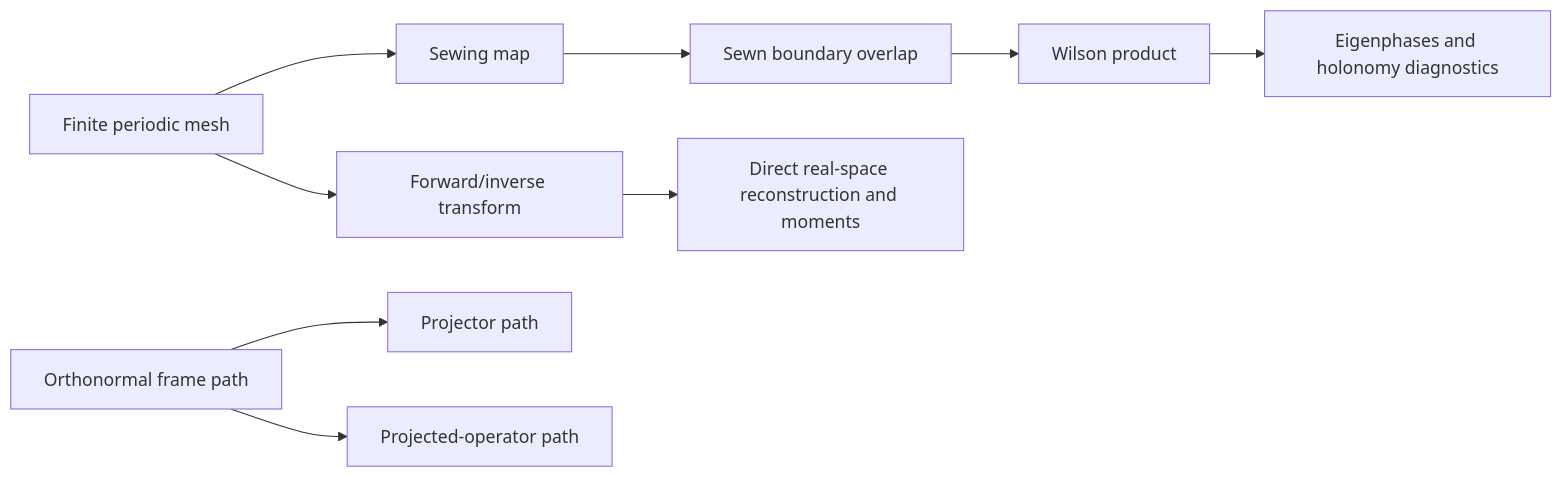
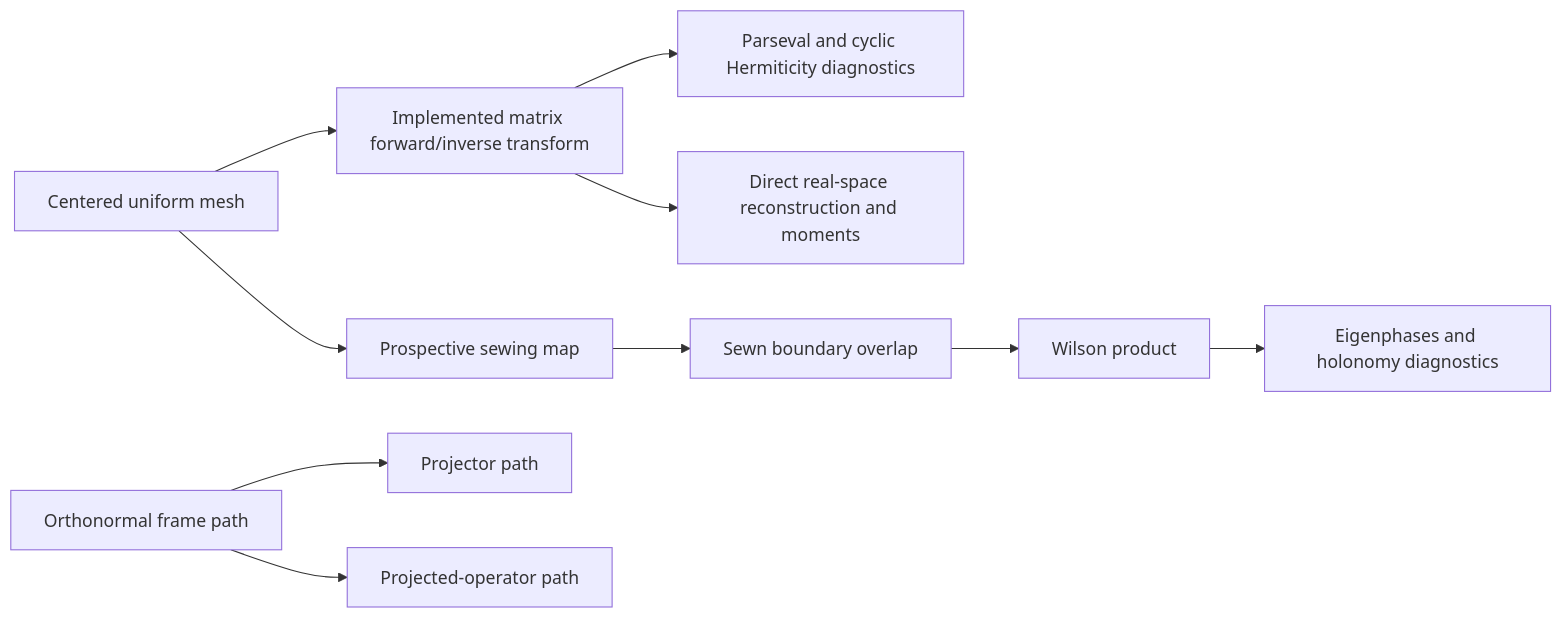
One commit to eragasa/projectkoios-optimization changed the first of 3 diagrams in docs/architecture/projectkoios/numerics/finite_periodic/schematics.md. Above: the diagram before and after it, drawn with Mermaid. The commit also changed 35 other files, not shown here.

Commit message:
Add bounded finite-periodic matrix transforms

````diff
--- a/docs/architecture/projectkoios/numerics/finite_periodic/schematics.md
+++ b/docs/architecture/projectkoios/numerics/finite_periodic/schematics.md
@@ -5,11 +5,12 @@
 ```mermaid
 flowchart LR
-    M[Finite periodic mesh] --> T[Forward/inverse transform]
-    M --> S[Sewing map]
+    M[Centered uniform mesh] --> T[Implemented matrix forward/inverse transform]
+    T --> D[Parseval and cyclic Hermiticity diagnostics]
+    M --> S[Prospective sewing map]
     F[Orthonormal frame path] --> P[Projector path]
     F --> O[Projected-operator path]
     S --> B[Sewn boundary overlap]
     B --> W[Wilson product]
     W --> H[Eigenphases and holonomy diagnostics]
     T --> L[Direct real-space reconstruction and moments]
 ```
````
